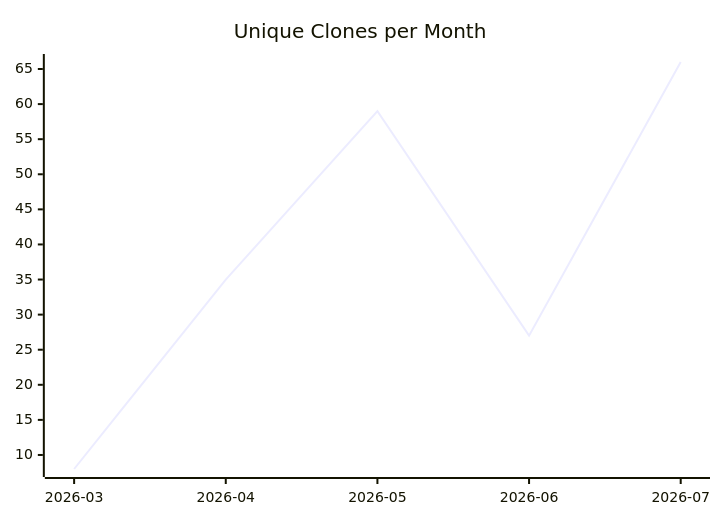
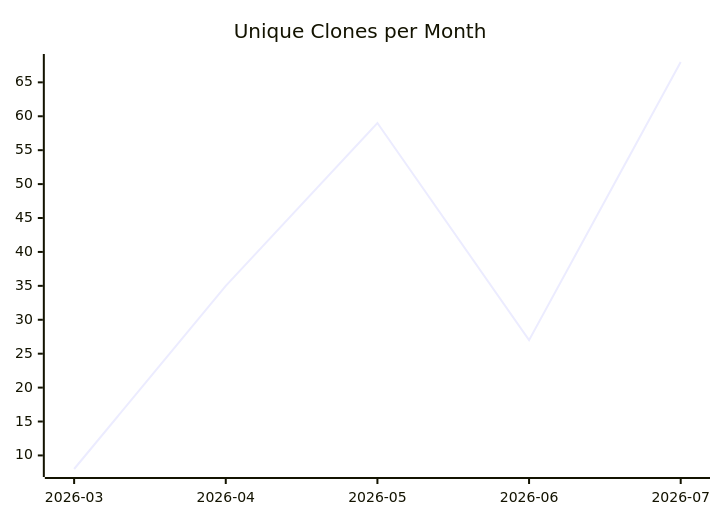
The third of 3 diagrams in karlmdavis/fhir-benchmarks/README.md (justdavis-family/github-analytics-data), drawn with Mermaid before and after one commit. The commit also changed other lines of this file and 186 other files, not shown here.

````diff
--- a/karlmdavis/fhir-benchmarks/README.md
+++ b/karlmdavis/fhir-benchmarks/README.md
@@ -19,6 +19,6 @@
 ```mermaid
 xychart-beta
   title "Unique Clones per Month"
   x-axis ["2026-03", "2026-04", "2026-05", "2026-06", "2026-07"]
-  line [8, 35, 59, 27, 66]
+  line [8, 35, 59, 27, 68]
 ```
````
